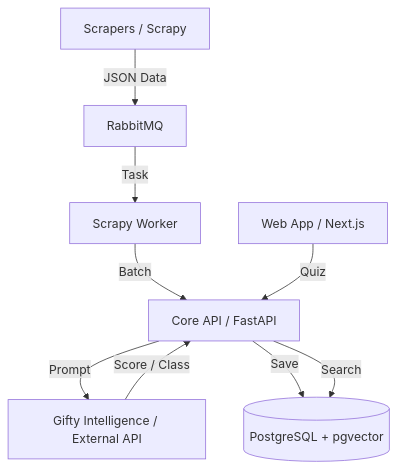
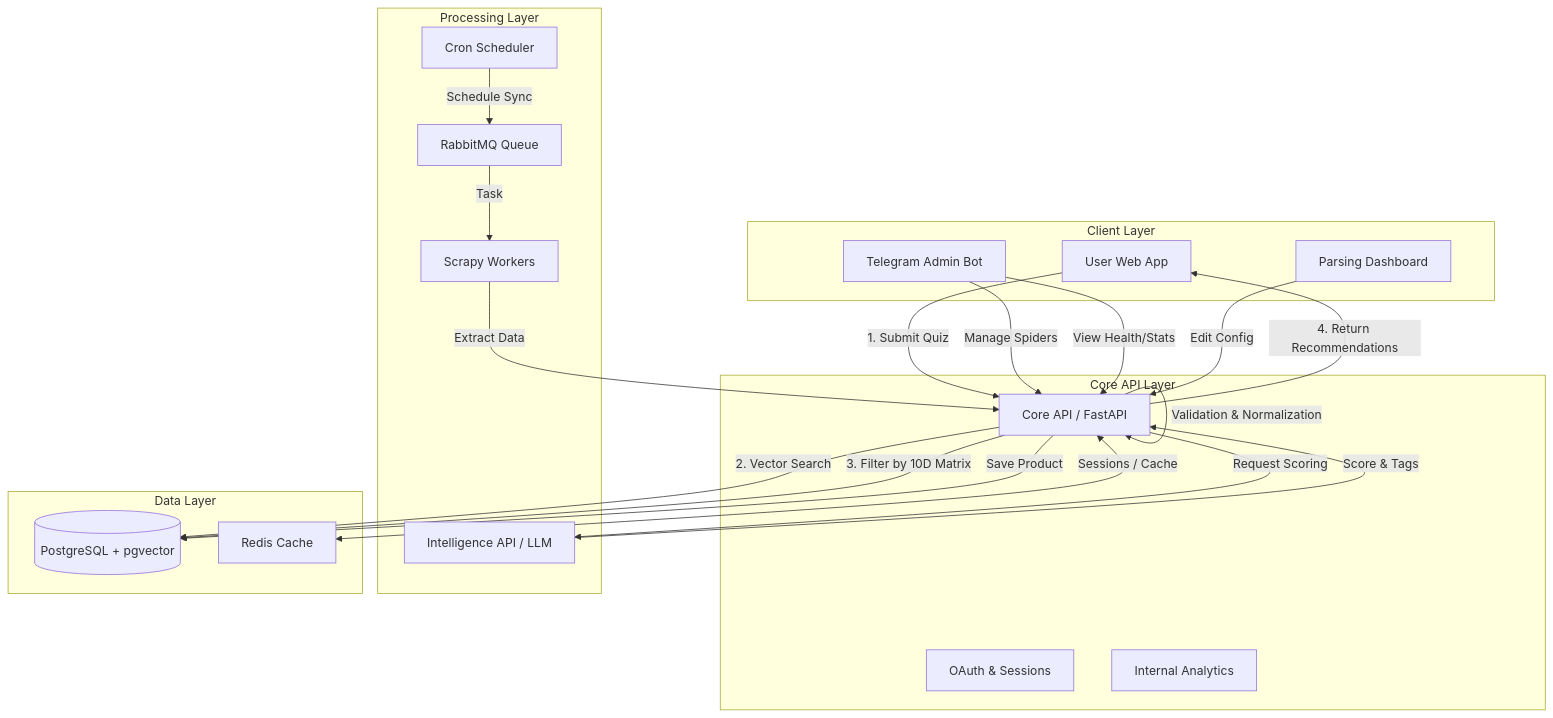
The diagram in docs/architecture/overview.md (IceDarold/gifty-backend), drawn with Mermaid before and after one commit. The commit also changed other lines of this file and 109 other files, not shown here.

````diff
--- a/docs/architecture/overview.md
+++ b/docs/architecture/overview.md
@@ -5,11 +5,49 @@
 ```mermaid
 graph TD
-    Parser[Scrapers / Scrapy] -->|JSON Data| RabbitMQ[RabbitMQ]
-    RabbitMQ -->|Task| Worker[Scrapy Worker]
-    Worker -->|Batch| API[Core API / FastAPI]
-    API -->|Prompt| LLM[Gifty Intelligence / External API]
-    LLM -->|Score / Class| API
-    API -->|Save| DB[(PostgreSQL + pgvector)]
-    Frontend[Web App / Next.js] -->|Quiz| API
-    API -->|Search| DB
+    subgraph "Client Layer"
+        User[User Web App]
+        Admin[Telegram Admin Bot]
+        MiniApp[Parsing Dashboard]
+    end
+
+    subgraph "Core API Layer"
+        API[Core API / FastAPI]
+        Auth[OAuth & Sessions]
+        Analytics[Internal Analytics]
+    end
+
+    subgraph "Processing Layer"
+        Scheduler[Cron Scheduler]
+        RabbitMQ[RabbitMQ Queue]
+        Workers[Scrapy Workers]
+        Intelligence[Intelligence API / LLM]
+    end
+
+    subgraph "Data Layer"
+        DB[(PostgreSQL + pgvector)]
+        Redis[Redis Cache]
+    end
+
+    %% User Flow
+    User -->|1. Submit Quiz| API
+    API -->|2. Vector Search| DB
+    API -->|3. Filter by 10D Matrix| DB
+    API -->|4. Return Recommendations| User
+
+    %% Admin Flow
+    Admin -->|Manage Spiders| API
+    Admin -->|View Health/Stats| API
+    MiniApp -->|Edit Config| API
+
+    %% Parsing Flow
+    Scheduler -->|Schedule Sync| RabbitMQ
+    RabbitMQ -->|Task| Workers
+    Workers -->|Extract Data| API
+    API -->|Validation & Normalization| API
+    API -->|Request Scoring| Intelligence
+    Intelligence -->|Score & Tags| API
+    API -->|Save Product| DB
+
+    %% Service Interaction
+    API <-->|Sessions / Cache| Redis
 ```
````
